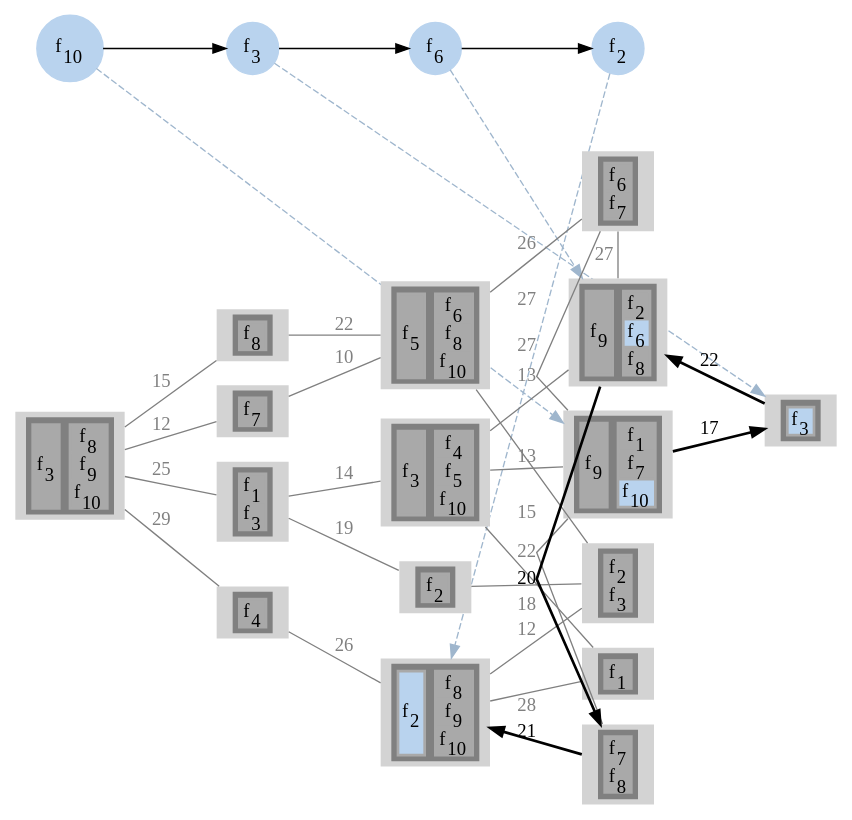
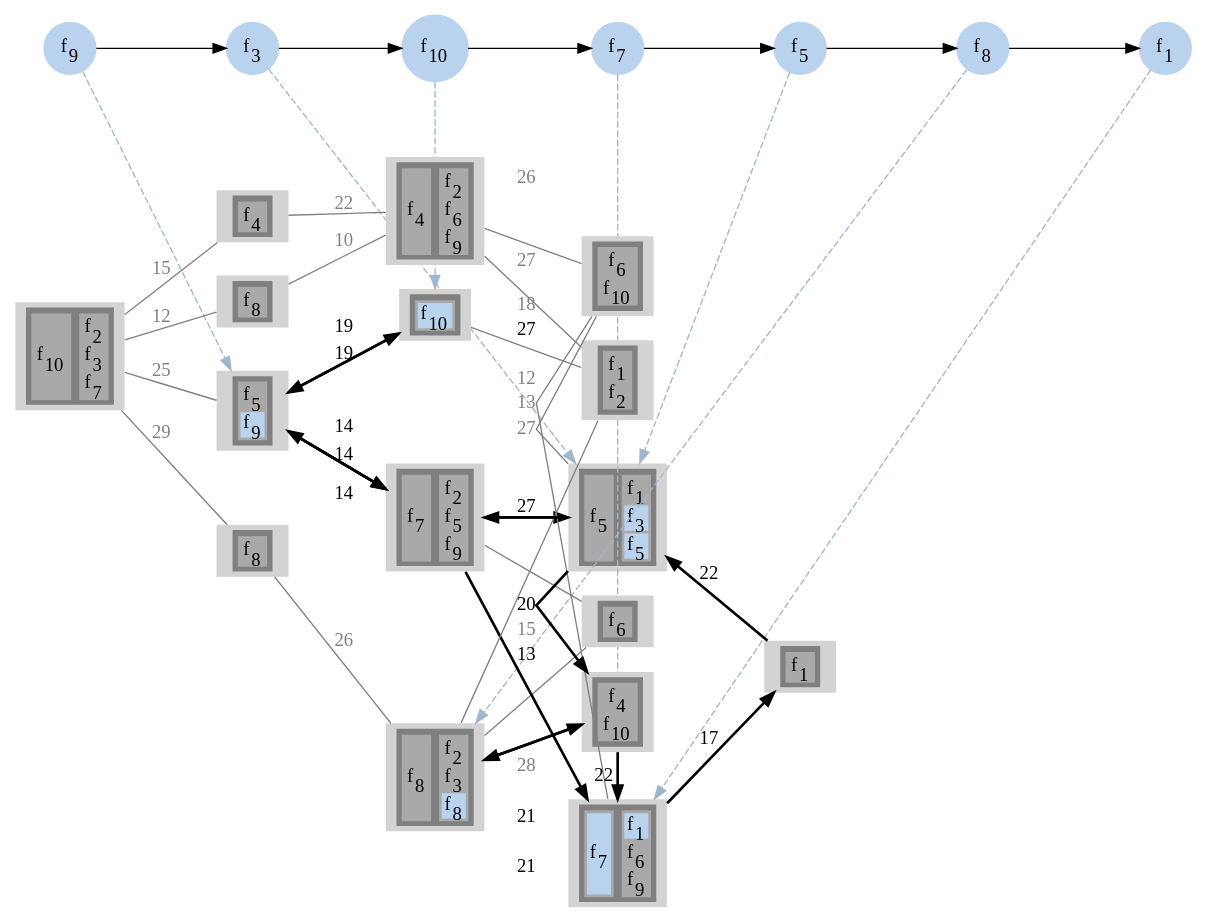
One commit to prateekshyap/SFC_Placement_in_VNF changed the diagram in output/sevenReliabilityOne/gv/sfcAssgn11.gv. Above: the diagram before and after it, drawn with Graphviz. The commit also changed 27 other files, not shown here.

```diff
--- a/output/sevenReliabilityOne/gv/sfcAssgn11.gv
+++ b/output/sevenReliabilityOne/gv/sfcAssgn11.gv
@@ -5,17 +5,26 @@
 subgraph sfc
 {
 node [shape=circle]
+{rank = same; f9; };
+{rank = same; f3; };
 {rank = same; f10; };
-{rank = same; f3; };
-{rank = same; f6; };
-{rank = same; f2; };
+{rank = same; f7; };
+{rank = same; f5; };
+{rank = same; f8; };
+{rank = same; f1; };
+f9[style=filled label=<f<SUB>9</SUB>> color="slategray2"]
+f3[style=filled label=<f<SUB>3</SUB>> color="slategray2"]
 f10[style=filled label=<f<SUB>10</SUB>> color="slategray2"]
-f3[style=filled label=<f<SUB>3</SUB>> color="slategray2"]
-f6[style=filled label=<f<SUB>6</SUB>> color="slategray2"]
-f2[style=filled label=<f<SUB>2</SUB>> color="slategray2"]
-f10 -> f3
-f3 -> f6
-f6 -> f2
+f7[style=filled label=<f<SUB>7</SUB>> color="slategray2"]
+f5[style=filled label=<f<SUB>5</SUB>> color="slategray2"]
+f8[style=filled label=<f<SUB>8</SUB>> color="slategray2"]
+f1[style=filled label=<f<SUB>1</SUB>> color="slategray2"]
+f9 -> f3
+f3 -> f10
+f10 -> f7
+f7 -> f5
+f5 -> f8
+f8 -> f1
 }
 subgraph network
 {
@@ -25,20 +34,315 @@
 {rank = same; 4; 6; 7; 9; };
 {rank = same; 5; 11; 10; 14; 12; 13; };
 {rank = same; 16; };
+8[style=filled
+label=<
+<TABLE BORDER="0" BGCOLOR="gray">
+<TR>
+<TD>
+<TABLE BORDER="0" BGCOLOR="darkgray">
+<TR><TD PORT="f17" BGCOLOR="darkgray">f<SUB>5</SUB></TD></TR>
+<TR><TD PORT="f34" BGCOLOR="slategray2">f<SUB>9</SUB></TD></TR>
+</TABLE>
+</TD>
+</TR>
+</TABLE>>]
+
+13[style=filled
+label=<
+<TABLE BORDER="0" BGCOLOR="gray">
+<TR>
+<TD>
+<TABLE BORDER="0" BGCOLOR="darkgray">
+<TR><TD PORT="f18" BGCOLOR="darkgray">f<SUB>5</SUB></TD></TR>
+</TABLE>
+</TD>
+<TD>
+<TABLE BORDER="0" BGCOLOR="darkgray">
+<TR><TD PORT="f3" BGCOLOR="darkgray">f<SUB>1</SUB></TD></TR>
+<TR><TD PORT="f12" BGCOLOR="slategray2">f<SUB>3</SUB></TD></TR>
+<TR><TD PORT="f19" BGCOLOR="slategray2">f<SUB>5</SUB></TD></TR>
+</TABLE>
+</TD>
+</TR>
+</TABLE>>]
+
+13[style=filled
+label=<
+<TABLE BORDER="0" BGCOLOR="gray">
+<TR>
+<TD>
+<TABLE BORDER="0" BGCOLOR="darkgray">
+<TR><TD PORT="f18" BGCOLOR="darkgray">f<SUB>5</SUB></TD></TR>
+</TABLE>
+</TD>
+<TD>
+<TABLE BORDER="0" BGCOLOR="darkgray">
+<TR><TD PORT="f3" BGCOLOR="darkgray">f<SUB>1</SUB></TD></TR>
+<TR><TD PORT="f12" BGCOLOR="slategray2">f<SUB>3</SUB></TD></TR>
+<TR><TD PORT="f19" BGCOLOR="slategray2">f<SUB>5</SUB></TD></TR>
+</TABLE>
+</TD>
+</TR>
+</TABLE>>]
+
+7[style=filled
+label=<
+<TABLE BORDER="0" BGCOLOR="gray">
+<TR>
+<TD>
+<TABLE BORDER="0" BGCOLOR="darkgray">
+<TR><TD PORT="f37" BGCOLOR="slategray2">f<SUB>10</SUB></TD></TR>
+</TABLE>
+</TD>
+</TR>
+</TABLE>>]
+
+7[style=filled
+label=<
+<TABLE BORDER="0" BGCOLOR="gray">
+<TR>
+<TD>
+<TABLE BORDER="0" BGCOLOR="darkgray">
+<TR><TD PORT="f37" BGCOLOR="slategray2">f<SUB>10</SUB></TD></TR>
+</TABLE>
+</TD>
+</TR>
+</TABLE>>]
+
 12[style=filled
 label=<
 <TABLE BORDER="0" BGCOLOR="gray">
 <TR>
 <TD>
 <TABLE BORDER="0" BGCOLOR="darkgray">
-<TR><TD PORT="f33" BGCOLOR="darkgray">f<SUB>9</SUB></TD></TR>
+<TR><TD PORT="f25" BGCOLOR="slategray2">f<SUB>7</SUB></TD></TR>
 </TABLE>
 </TD>
 <TD>
 <TABLE BORDER="0" BGCOLOR="darkgray">
+<TR><TD PORT="f2" BGCOLOR="slategray2">f<SUB>1</SUB></TD></TR>
+<TR><TD PORT="f22" BGCOLOR="darkgray">f<SUB>6</SUB></TD></TR>
+<TR><TD PORT="f33" BGCOLOR="darkgray">f<SUB>9</SUB></TD></TR>
+</TABLE>
+</TD>
+</TR>
+</TABLE>>]
+
+12[style=filled
+label=<
+<TABLE BORDER="0" BGCOLOR="gray">
+<TR>
+<TD>
+<TABLE BORDER="0" BGCOLOR="darkgray">
+<TR><TD PORT="f25" BGCOLOR="slategray2">f<SUB>7</SUB></TD></TR>
+</TABLE>
+</TD>
+<TD>
+<TABLE BORDER="0" BGCOLOR="darkgray">
+<TR><TD PORT="f2" BGCOLOR="slategray2">f<SUB>1</SUB></TD></TR>
+<TR><TD PORT="f22" BGCOLOR="darkgray">f<SUB>6</SUB></TD></TR>
+<TR><TD PORT="f33" BGCOLOR="darkgray">f<SUB>9</SUB></TD></TR>
+</TABLE>
+</TD>
+</TR>
+</TABLE>>]
+
+13[style=filled
+label=<
+<TABLE BORDER="0" BGCOLOR="gray">
+<TR>
+<TD>
+<TABLE BORDER="0" BGCOLOR="darkgray">
+<TR><TD PORT="f18" BGCOLOR="darkgray">f<SUB>5</SUB></TD></TR>
+</TABLE>
+</TD>
+<TD>
+<TABLE BORDER="0" BGCOLOR="darkgray">
+<TR><TD PORT="f3" BGCOLOR="darkgray">f<SUB>1</SUB></TD></TR>
+<TR><TD PORT="f12" BGCOLOR="slategray2">f<SUB>3</SUB></TD></TR>
+<TR><TD PORT="f19" BGCOLOR="slategray2">f<SUB>5</SUB></TD></TR>
+</TABLE>
+</TD>
+</TR>
+</TABLE>>]
+
+6[style=filled
+label=<
+<TABLE BORDER="0" BGCOLOR="gray">
+<TR>
+<TD>
+<TABLE BORDER="0" BGCOLOR="darkgray">
+<TR><TD PORT="f27" BGCOLOR="darkgray">f<SUB>8</SUB></TD></TR>
+</TABLE>
+</TD>
+<TD>
+<TABLE BORDER="0" BGCOLOR="darkgray">
+<TR><TD PORT="f9" BGCOLOR="darkgray">f<SUB>2</SUB></TD></TR>
+<TR><TD PORT="f10" BGCOLOR="darkgray">f<SUB>3</SUB></TD></TR>
+<TR><TD PORT="f30" BGCOLOR="slategray2">f<SUB>8</SUB></TD></TR>
+</TABLE>
+</TD>
+</TR>
+</TABLE>>]
+
+6[style=filled
+label=<
+<TABLE BORDER="0" BGCOLOR="gray">
+<TR>
+<TD>
+<TABLE BORDER="0" BGCOLOR="darkgray">
+<TR><TD PORT="f27" BGCOLOR="darkgray">f<SUB>8</SUB></TD></TR>
+</TABLE>
+</TD>
+<TD>
+<TABLE BORDER="0" BGCOLOR="darkgray">
+<TR><TD PORT="f9" BGCOLOR="darkgray">f<SUB>2</SUB></TD></TR>
+<TR><TD PORT="f10" BGCOLOR="darkgray">f<SUB>3</SUB></TD></TR>
+<TR><TD PORT="f30" BGCOLOR="slategray2">f<SUB>8</SUB></TD></TR>
+</TABLE>
+</TD>
+</TR>
+</TABLE>>]
+
+1[style=filled
+label=<
+<TABLE BORDER="0" BGCOLOR="gray">
+<TR>
+<TD>
+<TABLE BORDER="0" BGCOLOR="darkgray">
+<TR><TD PORT="f35" BGCOLOR="darkgray">f<SUB>10</SUB></TD></TR>
+</TABLE>
+</TD>
+<TD>
+<TABLE BORDER="0" BGCOLOR="darkgray">
+<TR><TD PORT="f7" BGCOLOR="darkgray">f<SUB>2</SUB></TD></TR>
+<TR><TD PORT="f11" BGCOLOR="darkgray">f<SUB>3</SUB></TD></TR>
+<TR><TD PORT="f26" BGCOLOR="darkgray">f<SUB>7</SUB></TD></TR>
+</TABLE>
+</TD>
+</TR>
+</TABLE>>]
+
+2[style=filled
+label=<
+<TABLE BORDER="0" BGCOLOR="gray">
+<TR>
+<TD>
+<TABLE BORDER="0" BGCOLOR="darkgray">
+<TR><TD PORT="f28" BGCOLOR="darkgray">f<SUB>8</SUB></TD></TR>
+</TABLE>
+</TD>
+</TR>
+</TABLE>>]
+
+3[style=filled
+label=<
+<TABLE BORDER="0" BGCOLOR="gray">
+<TR>
+<TD>
+<TABLE BORDER="0" BGCOLOR="darkgray">
+<TR><TD PORT="f29" BGCOLOR="darkgray">f<SUB>8</SUB></TD></TR>
+</TABLE>
+</TD>
+</TR>
+</TABLE>>]
+
+15[style=filled
+label=<
+<TABLE BORDER="0" BGCOLOR="gray">
+<TR>
+<TD>
+<TABLE BORDER="0" BGCOLOR="darkgray">
+<TR><TD PORT="f14" BGCOLOR="darkgray">f<SUB>4</SUB></TD></TR>
+</TABLE>
+</TD>
+</TR>
+</TABLE>>]
+
+4[style=filled
+label=<
+<TABLE BORDER="0" BGCOLOR="gray">
+<TR>
+<TD>
+<TABLE BORDER="0" BGCOLOR="darkgray">
+<TR><TD PORT="f15" BGCOLOR="darkgray">f<SUB>4</SUB></TD></TR>
+</TABLE>
+</TD>
+<TD>
+<TABLE BORDER="0" BGCOLOR="darkgray">
+<TR><TD PORT="f8" BGCOLOR="darkgray">f<SUB>2</SUB></TD></TR>
+<TR><TD PORT="f21" BGCOLOR="darkgray">f<SUB>6</SUB></TD></TR>
+<TR><TD PORT="f31" BGCOLOR="darkgray">f<SUB>9</SUB></TD></TR>
+</TABLE>
+</TD>
+</TR>
+</TABLE>>]
+
+5[style=filled
+label=<
+<TABLE BORDER="0" BGCOLOR="gray">
+<TR>
+<TD>
+<TABLE BORDER="0" BGCOLOR="darkgray">
 <TR><TD PORT="f1" BGCOLOR="darkgray">f<SUB>1</SUB></TD></TR>
-<TR><TD PORT="f23" BGCOLOR="darkgray">f<SUB>7</SUB></TD></TR>
-<TR><TD PORT="f37" BGCOLOR="slategray2">f<SUB>10</SUB></TD></TR>
+<TR><TD PORT="f5" BGCOLOR="darkgray">f<SUB>2</SUB></TD></TR>
+</TABLE>
+</TD>
+</TR>
+</TABLE>>]
+
+11[style=filled
+label=<
+<TABLE BORDER="0" BGCOLOR="gray">
+<TR>
+<TD>
+<TABLE BORDER="0" BGCOLOR="darkgray">
+<TR><TD PORT="f23" BGCOLOR="darkgray">f<SUB>6</SUB></TD></TR>
+<TR><TD PORT="f38" BGCOLOR="darkgray">f<SUB>10</SUB></TD></TR>
+</TABLE>
+</TD>
+</TR>
+</TABLE>>]
+
+10[style=filled
+label=<
+<TABLE BORDER="0" BGCOLOR="gray">
+<TR>
+<TD>
+<TABLE BORDER="0" BGCOLOR="darkgray">
+<TR><TD PORT="f20" BGCOLOR="darkgray">f<SUB>6</SUB></TD></TR>
+</TABLE>
+</TD>
+</TR>
+</TABLE>>]
+
+14[style=filled
+label=<
+<TABLE BORDER="0" BGCOLOR="gray">
+<TR>
+<TD>
+<TABLE BORDER="0" BGCOLOR="darkgray">
+<TR><TD PORT="f13" BGCOLOR="darkgray">f<SUB>4</SUB></TD></TR>
+<TR><TD PORT="f36" BGCOLOR="darkgray">f<SUB>10</SUB></TD></TR>
+</TABLE>
+</TD>
+</TR>
+</TABLE>>]
+
+9[style=filled
+label=<
+<TABLE BORDER="0" BGCOLOR="gray">
+<TR>
+<TD>
+<TABLE BORDER="0" BGCOLOR="darkgray">
+<TR><TD PORT="f24" BGCOLOR="darkgray">f<SUB>7</SUB></TD></TR>
+</TABLE>
+</TD>
+<TD>
+<TABLE BORDER="0" BGCOLOR="darkgray">
+<TR><TD PORT="f6" BGCOLOR="darkgray">f<SUB>2</SUB></TD></TR>
+<TR><TD PORT="f16" BGCOLOR="darkgray">f<SUB>5</SUB></TD></TR>
+<TR><TD PORT="f32" BGCOLOR="darkgray">f<SUB>9</SUB></TD></TR>
 </TABLE>
 </TD>
 </TR>
@@ -50,254 +354,26 @@
 <TR>
 <TD>
 <TABLE BORDER="0" BGCOLOR="darkgray">
-<TR><TD PORT="f12" BGCOLOR="slategray2">f<SUB>3</SUB></TD></TR>
+<TR><TD PORT="f4" BGCOLOR="darkgray">f<SUB>1</SUB></TD></TR>
 </TABLE>
 </TD>
 </TR>
 </TABLE>>]
 
-16[style=filled
-label=<
-<TABLE BORDER="0" BGCOLOR="gray">
-<TR>
-<TD>
-<TABLE BORDER="0" BGCOLOR="darkgray">
-<TR><TD PORT="f12" BGCOLOR="slategray2">f<SUB>3</SUB></TD></TR>
-</TABLE>
-</TD>
-</TR>
-</TABLE>>]
-
-13[style=filled
-label=<
-<TABLE BORDER="0" BGCOLOR="gray">
-<TR>
-<TD>
-<TABLE BORDER="0" BGCOLOR="darkgray">
-<TR><TD PORT="f31" BGCOLOR="darkgray">f<SUB>9</SUB></TD></TR>
-</TABLE>
-</TD>
-<TD>
-<TABLE BORDER="0" BGCOLOR="darkgray">
-<TR><TD PORT="f5" BGCOLOR="darkgray">f<SUB>2</SUB></TD></TR>
-<TR><TD PORT="f17" BGCOLOR="slategray2">f<SUB>6</SUB></TD></TR>
-<TR><TD PORT="f25" BGCOLOR="darkgray">f<SUB>8</SUB></TD></TR>
-</TABLE>
-</TD>
-</TR>
-</TABLE>>]
-
-13[style=filled
-label=<
-<TABLE BORDER="0" BGCOLOR="gray">
-<TR>
-<TD>
-<TABLE BORDER="0" BGCOLOR="darkgray">
-<TR><TD PORT="f31" BGCOLOR="darkgray">f<SUB>9</SUB></TD></TR>
-</TABLE>
-</TD>
-<TD>
-<TABLE BORDER="0" BGCOLOR="darkgray">
-<TR><TD PORT="f5" BGCOLOR="darkgray">f<SUB>2</SUB></TD></TR>
-<TR><TD PORT="f17" BGCOLOR="slategray2">f<SUB>6</SUB></TD></TR>
-<TR><TD PORT="f25" BGCOLOR="darkgray">f<SUB>8</SUB></TD></TR>
-</TABLE>
-</TD>
-</TR>
-</TABLE>>]
-
-6[style=filled
-label=<
-<TABLE BORDER="0" BGCOLOR="gray">
-<TR>
-<TD>
-<TABLE BORDER="0" BGCOLOR="darkgray">
-<TR><TD PORT="f6" BGCOLOR="slategray2">f<SUB>2</SUB></TD></TR>
-</TABLE>
-</TD>
-<TD>
-<TABLE BORDER="0" BGCOLOR="darkgray">
-<TR><TD PORT="f24" BGCOLOR="darkgray">f<SUB>8</SUB></TD></TR>
-<TR><TD PORT="f30" BGCOLOR="darkgray">f<SUB>9</SUB></TD></TR>
-<TR><TD PORT="f34" BGCOLOR="darkgray">f<SUB>10</SUB></TD></TR>
-</TABLE>
-</TD>
-</TR>
-</TABLE>>]
-
-1[style=filled
-label=<
-<TABLE BORDER="0" BGCOLOR="gray">
-<TR>
-<TD>
-<TABLE BORDER="0" BGCOLOR="darkgray">
-<TR><TD PORT="f10" BGCOLOR="darkgray">f<SUB>3</SUB></TD></TR>
-</TABLE>
-</TD>
-<TD>
-<TABLE BORDER="0" BGCOLOR="darkgray">
-<TR><TD PORT="f28" BGCOLOR="darkgray">f<SUB>8</SUB></TD></TR>
-<TR><TD PORT="f32" BGCOLOR="darkgray">f<SUB>9</SUB></TD></TR>
-<TR><TD PORT="f36" BGCOLOR="darkgray">f<SUB>10</SUB></TD></TR>
-</TABLE>
-</TD>
-</TR>
-</TABLE>>]
-
-2[style=filled
-label=<
-<TABLE BORDER="0" BGCOLOR="gray">
-<TR>
-<TD>
-<TABLE BORDER="0" BGCOLOR="darkgray">
-<TR><TD PORT="f21" BGCOLOR="darkgray">f<SUB>7</SUB></TD></TR>
-</TABLE>
-</TD>
-</TR>
-</TABLE>>]
-
-3[style=filled
-label=<
-<TABLE BORDER="0" BGCOLOR="gray">
-<TR>
-<TD>
-<TABLE BORDER="0" BGCOLOR="darkgray">
-<TR><TD PORT="f14" BGCOLOR="darkgray">f<SUB>4</SUB></TD></TR>
-</TABLE>
-</TD>
-</TR>
-</TABLE>>]
-
-8[style=filled
-label=<
-<TABLE BORDER="0" BGCOLOR="gray">
-<TR>
-<TD>
-<TABLE BORDER="0" BGCOLOR="darkgray">
-<TR><TD PORT="f3" BGCOLOR="darkgray">f<SUB>1</SUB></TD></TR>
-<TR><TD PORT="f11" BGCOLOR="darkgray">f<SUB>3</SUB></TD></TR>
-</TABLE>
-</TD>
-</TR>
-</TABLE>>]
-
-15[style=filled
-label=<
-<TABLE BORDER="0" BGCOLOR="gray">
-<TR>
-<TD>
-<TABLE BORDER="0" BGCOLOR="darkgray">
-<TR><TD PORT="f29" BGCOLOR="darkgray">f<SUB>8</SUB></TD></TR>
-</TABLE>
-</TD>
-</TR>
-</TABLE>>]
-
-4[style=filled
-label=<
-<TABLE BORDER="0" BGCOLOR="gray">
-<TR>
-<TD>
-<TABLE BORDER="0" BGCOLOR="darkgray">
-<TR><TD PORT="f16" BGCOLOR="darkgray">f<SUB>5</SUB></TD></TR>
-</TABLE>
-</TD>
-<TD>
-<TABLE BORDER="0" BGCOLOR="darkgray">
-<TR><TD PORT="f19" BGCOLOR="darkgray">f<SUB>6</SUB></TD></TR>
-<TR><TD PORT="f26" BGCOLOR="darkgray">f<SUB>8</SUB></TD></TR>
-<TR><TD PORT="f38" BGCOLOR="darkgray">f<SUB>10</SUB></TD></TR>
-</TABLE>
-</TD>
-</TR>
-</TABLE>>]
-
-5[style=filled
-label=<
-<TABLE BORDER="0" BGCOLOR="gray">
-<TR>
-<TD>
-<TABLE BORDER="0" BGCOLOR="darkgray">
-<TR><TD PORT="f4" BGCOLOR="darkgray">f<SUB>2</SUB></TD></TR>
-<TR><TD PORT="f8" BGCOLOR="darkgray">f<SUB>3</SUB></TD></TR>
-</TABLE>
-</TD>
-</TR>
-</TABLE>>]
-
-11[style=filled
-label=<
-<TABLE BORDER="0" BGCOLOR="gray">
-<TR>
-<TD>
-<TABLE BORDER="0" BGCOLOR="darkgray">
-<TR><TD PORT="f18" BGCOLOR="darkgray">f<SUB>6</SUB></TD></TR>
-<TR><TD PORT="f22" BGCOLOR="darkgray">f<SUB>7</SUB></TD></TR>
-</TABLE>
-</TD>
-</TR>
-</TABLE>>]
-
-7[style=filled
-label=<
-<TABLE BORDER="0" BGCOLOR="gray">
-<TR>
-<TD>
-<TABLE BORDER="0" BGCOLOR="darkgray">
-<TR><TD PORT="f7" BGCOLOR="darkgray">f<SUB>2</SUB></TD></TR>
-</TABLE>
-</TD>
-</TR>
-</TABLE>>]
-
-10[style=filled
-label=<
-<TABLE BORDER="0" BGCOLOR="gray">
-<TR>
-<TD>
-<TABLE BORDER="0" BGCOLOR="darkgray">
-<TR><TD PORT="f2" BGCOLOR="darkgray">f<SUB>1</SUB></TD></TR>
-</TABLE>
-</TD>
-</TR>
-</TABLE>>]
-
-14[style=filled
-label=<
-<TABLE BORDER="0" BGCOLOR="gray">
-<TR>
-<TD>
-<TABLE BORDER="0" BGCOLOR="darkgray">
-<TR><TD PORT="f20" BGCOLOR="darkgray">f<SUB>7</SUB></TD></TR>
-<TR><TD PORT="f27" BGCOLOR="darkgray">f<SUB>8</SUB></TD></TR>
-</TABLE>
-</TD>
-</TR>
-</TABLE>>]
-
-9[style=filled
-label=<
-<TABLE BORDER="0" BGCOLOR="gray">
-<TR>
-<TD>
-<TABLE BORDER="0" BGCOLOR="darkgray">
-<TR><TD PORT="f9" BGCOLOR="darkgray">f<SUB>3</SUB></TD></TR>
-</TABLE>
-</TD>
-<TD>
-<TABLE BORDER="0" BGCOLOR="darkgray">
-<TR><TD PORT="f13" BGCOLOR="darkgray">f<SUB>4</SUB></TD></TR>
-<TR><TD PORT="f15" BGCOLOR="darkgray">f<SUB>5</SUB></TD></TR>
-<TR><TD PORT="f35" BGCOLOR="darkgray">f<SUB>10</SUB></TD></TR>
-</TABLE>
-</TD>
-</TR>
-</TABLE>>]
-
+8 -> 9[label="14" color="black" penwidth=2]
+9 -> 13[label="27" color="black" penwidth=2]
+13 -> 9[label="27" color="black" penwidth=2]
+9 -> 8[label="14" color="black" penwidth=2]
+8 -> 7[label="19" color="black" penwidth=2]
+7 -> 8[label="19" color="black" penwidth=2]
+8 -> 9[label="14" color="black" penwidth=2]
+9 -> 12[label="13" color="black" penwidth=2]
 12 -> 16[label="17" color="black" penwidth=2]
 16 -> 13[label="22" color="black" penwidth=2]
 13 -> 14[label="20" color="black" penwidth=2]
 14 -> 6[label="21" color="black" penwidth=2]
+6 -> 14[label="21" color="black" penwidth=2]
+14 -> 12[label="22" color="black" penwidth=2]
 1 -> 2[label="12" color="gray" fontcolor="gray" dir = none]
 1 -> 3[label="29" color="gray" fontcolor="gray" dir = none]
 1 -> 8[label="25" color="gray" fontcolor="gray" dir = none]
@@ -310,18 +386,16 @@
 5 -> 6[label="12" color="gray" fontcolor="gray" dir = none]
 5 -> 7[label="18" color="gray" fontcolor="gray" dir = none]
 6 -> 10[label="28" color="gray" fontcolor="gray" dir = none]
-7 -> 8[label="19" color="gray" fontcolor="gray" dir = none]
-8 -> 9[label="14" color="gray" fontcolor="gray" dir = none]
 9 -> 10[label="15" color="gray" fontcolor="gray" dir = none]
-9 -> 12[label="13" color="gray" fontcolor="gray" dir = none]
-9 -> 13[label="27" color="gray" fontcolor="gray" dir = none]
 11 -> 12[label="13" color="gray" fontcolor="gray" dir = none]
 11 -> 13[label="27" color="gray" fontcolor="gray" dir = none]
-12 -> 14[label="22" color="gray" fontcolor="gray" dir = none]
 }
 splines=false
-f10 -> 12[color="slategray3" style=dashed constraint=false]
-f3 -> 16[color="slategray3" style=dashed constraint=false]
-f6 -> 13[color="slategray3" style=dashed constraint=false]
-f2 -> 6[color="slategray3" style=dashed constraint=false]
+f9 -> 8[color="slategray3" style=dashed constraint=false]
+f3 -> 13[color="slategray3" style=dashed constraint=false]
+f10 -> 7[color="slategray3" style=dashed constraint=false]
+f7 -> 12[color="slategray3" style=dashed constraint=false]
+f5 -> 13[color="slategray3" style=dashed constraint=false]
+f8 -> 6[color="slategray3" style=dashed constraint=false]
+f1 -> 12[color="slategray3" style=dashed constraint=false]
 }
```
